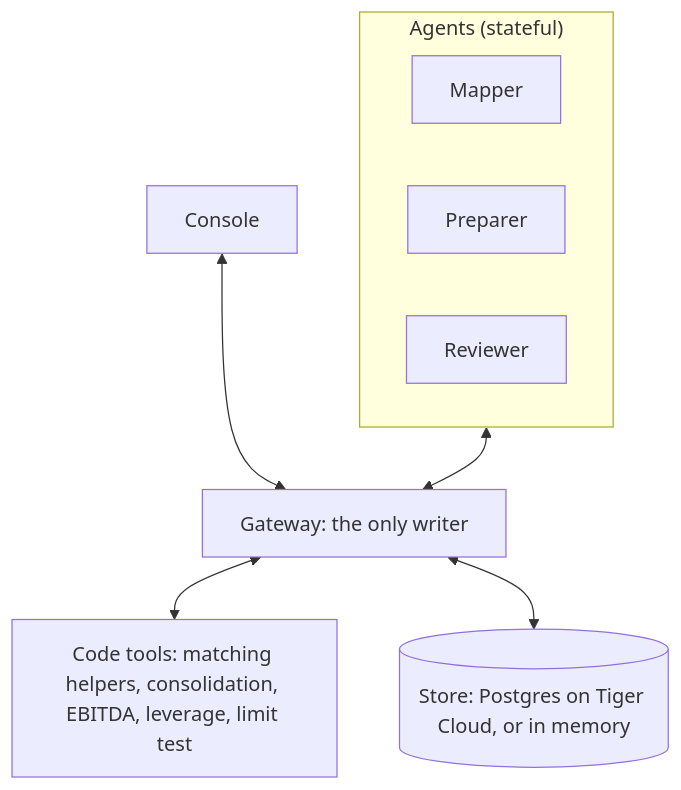
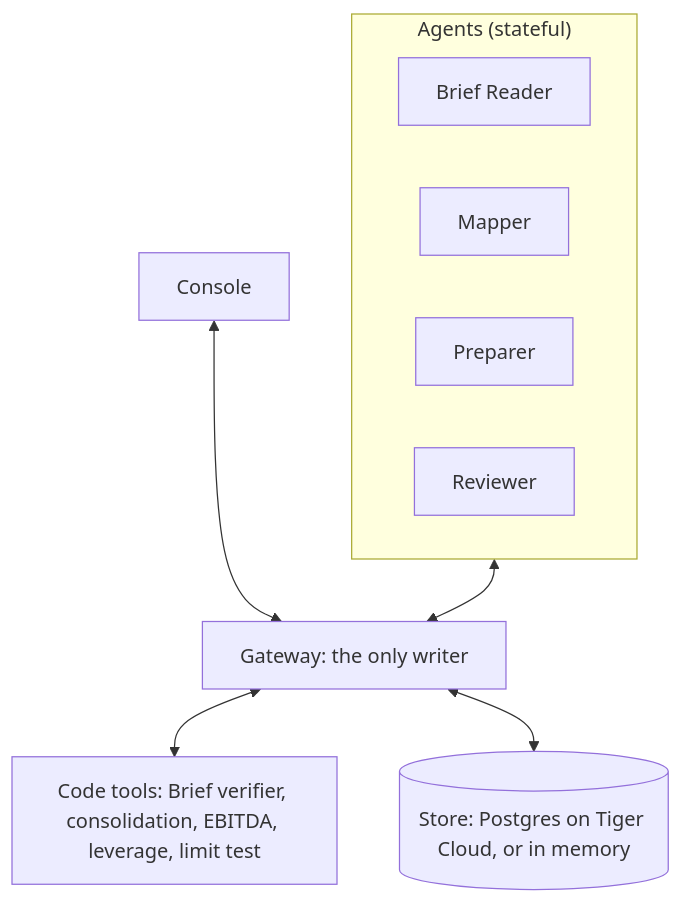
One commit to cayden-h/stochastic changed the second of 2 diagrams in README.md. Above: the diagram before and after it, drawn with Mermaid. The commit also changed other lines of this file and 39 other files, not shown here.

````diff
--- a/README.md
+++ b/README.md
@@ -62,17 +64,18 @@
 ```mermaid
 flowchart TB
     CON["Console"]
     GW["Gateway: the only writer"]
     subgraph AG["Agents (stateful)"]
+        BR["Brief Reader"]
         MA["Mapper"]
         PR["Preparer"]
         RE["Reviewer"]
     end
-    TL["Code tools: matching helpers, consolidation, EBITDA, leverage, limit test"]
+    TL["Code tools: Brief verifier, consolidation, EBITDA, leverage, limit test"]
     ST[("Store: Postgres on Tiger Cloud, or in memory")]
 
     CON <--> GW
     AG <--> GW
     GW <--> TL
     GW <--> ST
 ```
````
